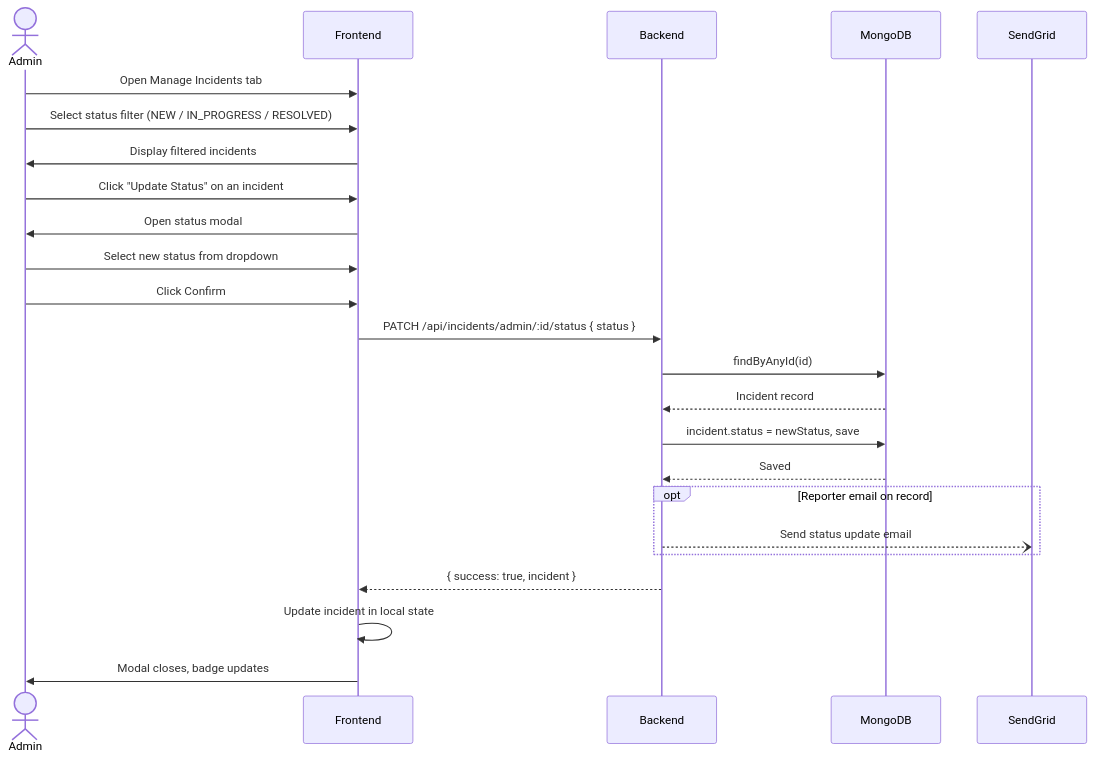
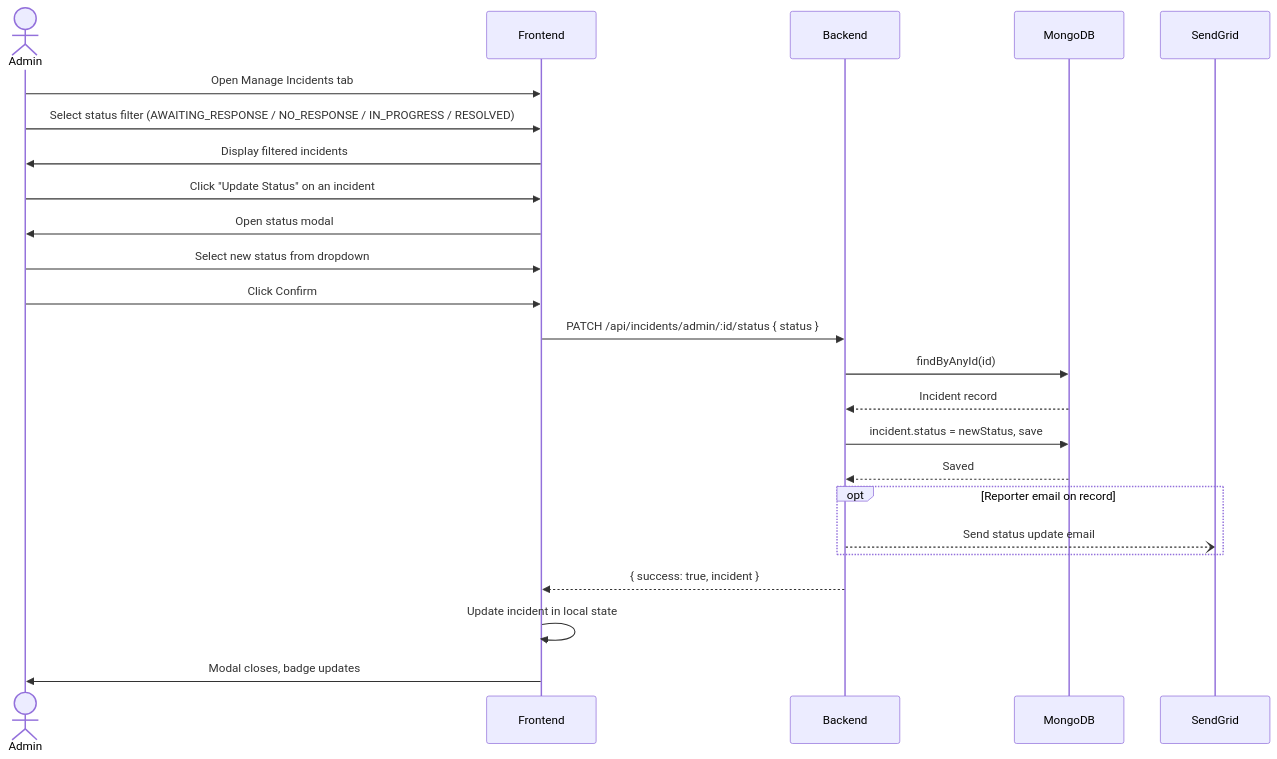
Before and after one commit to DublinNico/CharlemontWatch: the sixth of 7 diagrams in docs/use-cases/DIAGRAMS.md, drawn with Mermaid. The commit also changed other lines of this file and 7 other files, not shown here.

````diff
--- a/docs/use-cases/DIAGRAMS.md
+++ b/docs/use-cases/DIAGRAMS.md
@@ -219,32 +221,32 @@
 ```mermaid
 sequenceDiagram
     actor Admin
     participant Frontend
     participant Backend
     participant MongoDB
     participant SendGrid
 
     Admin->>Frontend: Open Manage Incidents tab
-    Admin->>Frontend: Select status filter (NEW / IN_PROGRESS / RESOLVED)
+    Admin->>Frontend: Select status filter (AWAITING_RESPONSE / NO_RESPONSE / IN_PROGRESS / RESOLVED)
     Frontend->>Admin: Display filtered incidents
 
     Admin->>Frontend: Click "Update Status" on an incident
     Frontend->>Admin: Open status modal
 
     Admin->>Frontend: Select new status from dropdown
     Admin->>Frontend: Click Confirm
 
     Frontend->>Backend: PATCH /api/incidents/admin/:id/status { status }
     Backend->>MongoDB: findByAnyId(id)
     MongoDB-->>Backend: Incident record
     Backend->>MongoDB: incident.status = newStatus, save
     MongoDB-->>Backend: Saved
 
     opt Reporter email on record
         Backend--)SendGrid: Send status update email
     end
 
     Backend-->>Frontend: { success: true, incident }
     Frontend->>Frontend: Update incident in local state
     Frontend->>Admin: Modal closes, badge updates
 ```
````
